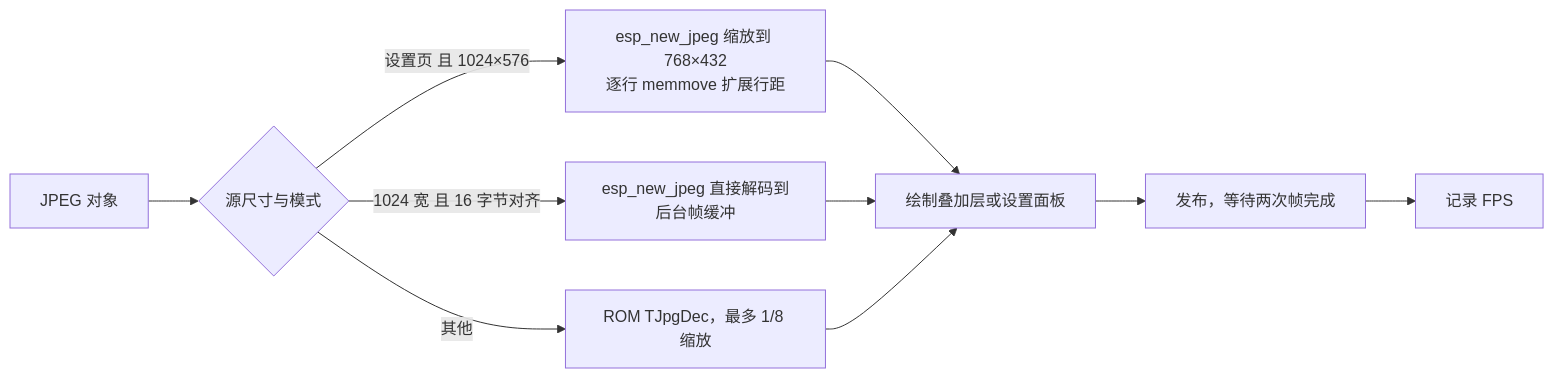
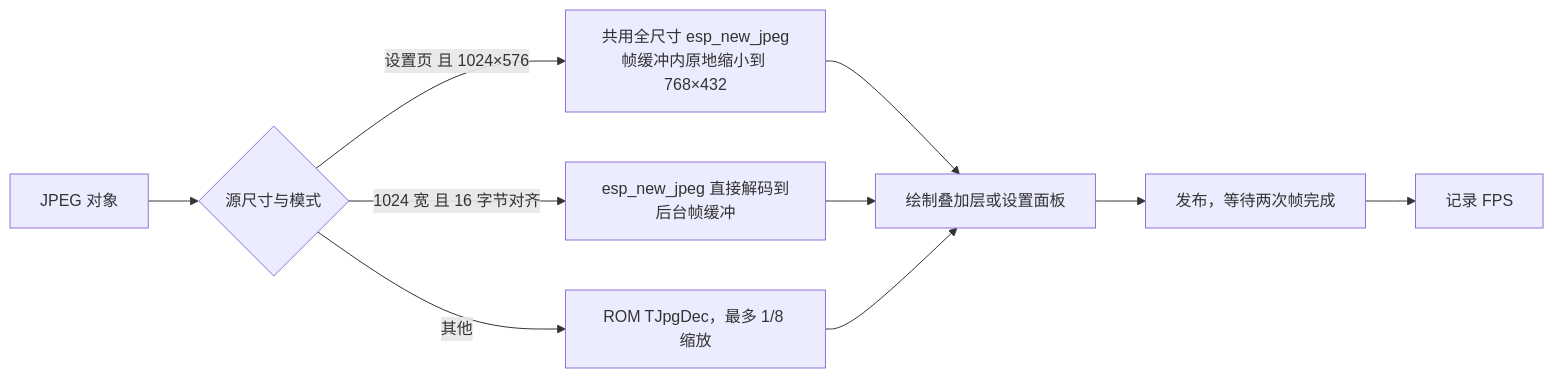
The diagram in docs/design/ui-design.md (easymcucourse/esp32_camera_remote), drawn with Mermaid before and after one commit. The commit also changed other lines of this file and 68 other files, not shown here.

````diff
--- a/docs/design/ui-design.md
+++ b/docs/design/ui-design.md
@@ -87,10 +87,10 @@
 ```mermaid
 flowchart LR
     jpeg["JPEG 对象"] --> pick{"源尺寸与模式"}
-    pick -->|"设置页 且 1024×576"| scaled["esp_new_jpeg 缩放到 768×432<br/>逐行 memmove 扩展行距"]
+    pick -->|"设置页 且 1024×576"| scaled["共用全尺寸 esp_new_jpeg<br/>帧缓冲内原地缩小到 768×432"]
     pick -->|"1024 宽 且 16 字节对齐"| fast["esp_new_jpeg 直接解码到后台帧缓冲"]
     pick -->|"其他"| tjpg["ROM TJpgDec，最多 1/8 缩放"]
     scaled & fast & tjpg --> overlay["绘制叠加层或设置面板"]
     overlay --> publish["发布，等待两次帧完成"]
     publish --> fps["记录 FPS"]
 ```
````
